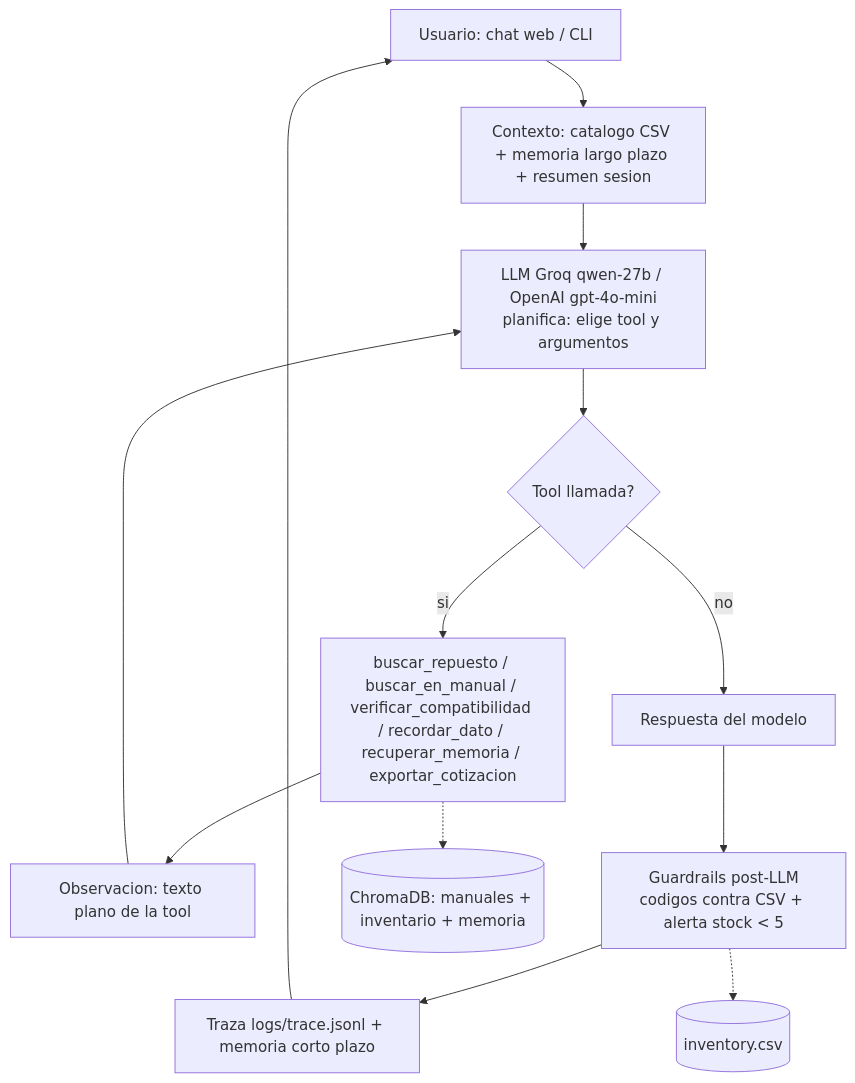
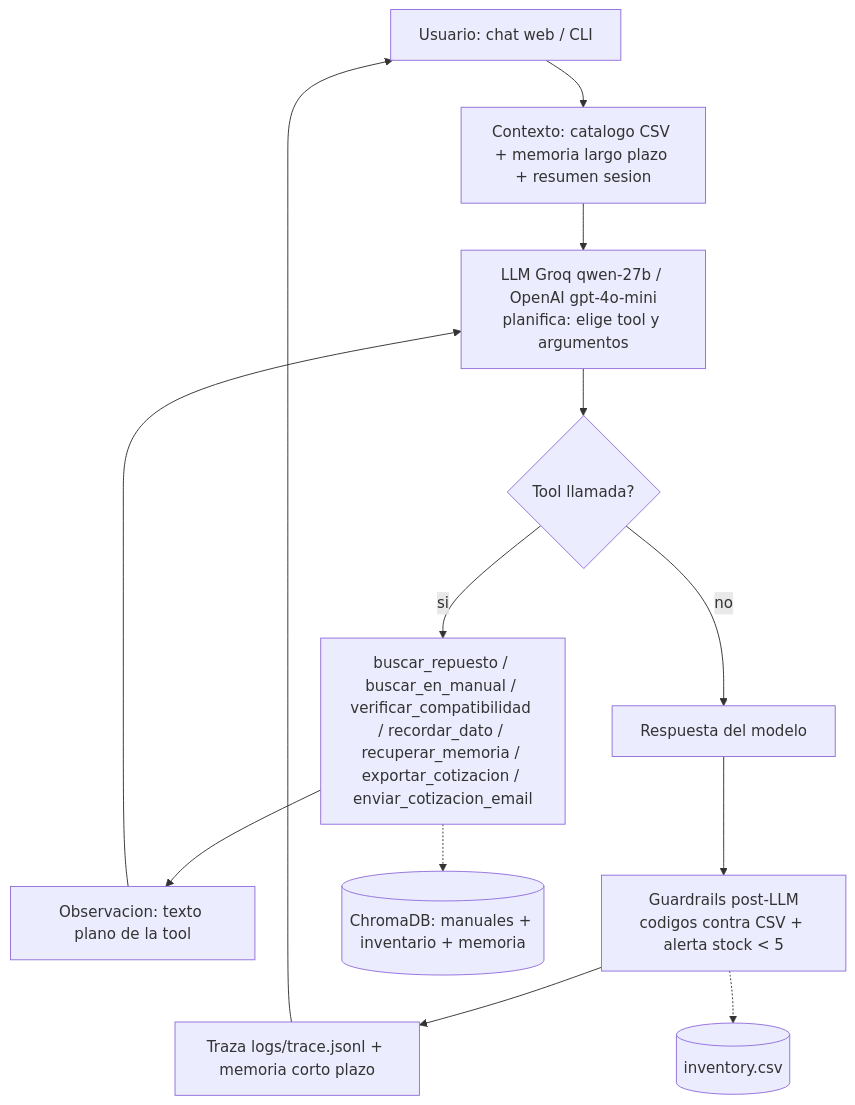
One commit to FabianReyes02/EvaluacionIA1 changed the first of 5 diagrams in docs/diagramas.md. Above: the diagram before and after it, drawn with Mermaid. The commit also changed other lines of this file and 21 other files, not shown here.

````diff
--- a/docs/diagramas.md
+++ b/docs/diagramas.md
@@ -8,15 +8,15 @@
 ```mermaid
 flowchart TD
     U[Usuario: chat web / CLI] --> CTX[Contexto: catalogo CSV + memoria largo plazo + resumen sesion]
     CTX --> LLM[LLM Groq qwen-27b / OpenAI gpt-4o-mini<br/>planifica: elige tool y argumentos]
     LLM --> T{Tool llamada?}
-    T -- si --> TJ[buscar_repuesto / buscar_en_manual / verificar_compatibilidad / recordar_dato / recuperar_memoria / exportar_cotizacion]
+    T -- si --> TJ[buscar_repuesto / buscar_en_manual / verificar_compatibilidad / recordar_dato / recuperar_memoria / exportar_cotizacion / enviar_cotizacion_email]
     TJ --> OBS[Observacion: texto plano de la tool]
     OBS --> LLM
     T -- no --> RESP[Respuesta del modelo]
     RESP --> GR[Guardrails post-LLM<br/>codigos contra CSV + alerta stock < 5]
     GR --> TR[Traza logs/trace.jsonl + memoria corto plazo]
     TR --> U
     TJ -.-> RAG[(ChromaDB: manuales + inventario + memoria)]
     GR -.-> CSV[(inventory.csv)]
 ```
````
